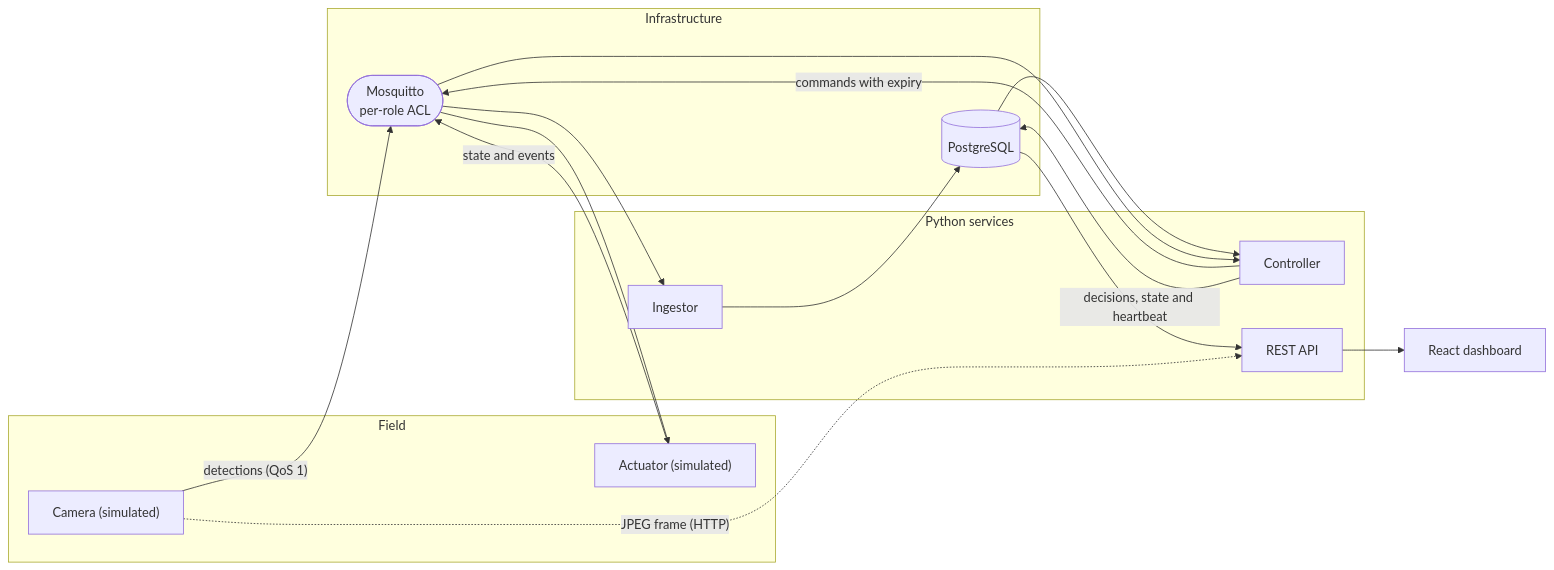
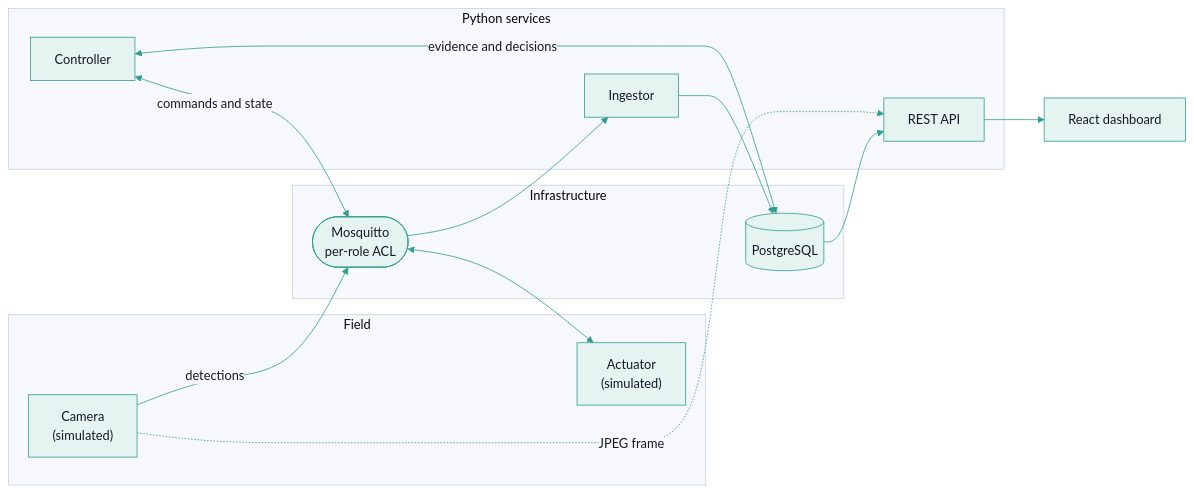
Before and after one commit to ADSLustosa/pigeondome: the diagram in README.en.md, drawn with Mermaid. The commit also changed 8 other files, not shown here.

First line of the commit message:
docs: corrige acentos, README do painel, licenca nos pacotes e diagrama

````diff
--- a/README.en.md
+++ b/README.en.md
@@ -57,26 +57,26 @@
 ```mermaid
+%%{init: {"theme":"base","themeVariables":{"primaryColor":"#E6F4F1","primaryBorderColor":"#2F9E8F","primaryTextColor":"#151827","textColor":"#151827","lineColor":"#2F9E8F","clusterBkg":"#F7F8FB","clusterBorder":"#C9D1DE","edgeLabelBackground":"#F7F8FB"}}}%%
 flowchart LR
-  subgraph Field["Field"]
-    CAM["Camera (simulated)"]
-    ACT["Actuator (simulated)"]
+  subgraph Campo["Field"]
+    CAM["Camera<br/>(simulated)"]
+    ACT["Actuator<br/>(simulated)"]
   end
   subgraph Infra["Infrastructure"]
     MQ(["Mosquitto<br/>per-role ACL"])
     DB[("PostgreSQL")]
   end
-  subgraph Services["Python services"]
+  subgraph Servicos["Python services"]
     ING["Ingestor"]
     CTL["Controller"]
     API["REST API"]
   end
   UI["React dashboard"]
 
-  CAM -- "detections (QoS 1)" --> MQ
+  CAM -- "detections" --> MQ
   MQ --> ING --> DB
-  DB --> CTL
-  CTL -- "commands with expiry" --> MQ --> ACT
-  ACT -- "state and events" --> MQ --> CTL
-  CTL -- "decisions, state and heartbeat" --> DB
+  CTL <-- "evidence and decisions" --> DB
+  CTL <-- "commands and state" --> MQ
+  MQ <--> ACT
   DB --> API --> UI
-  CAM -. "JPEG frame (HTTP)" .-> API
+  CAM -. "JPEG frame" .-> API
 ```
````
